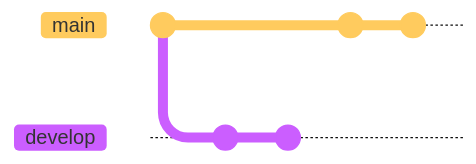
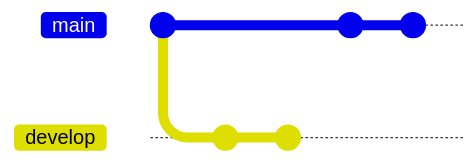
Before and after one commit to mermaid-js/mermaid: diagram 20 of 34 in docs/syntax/gitgraph.md, drawn with Mermaid. The commit also changed other lines of this file and 1 other file, not shown here. Commit ids are hidden.

Commit message:
docs: Fix config

````diff
--- a/docs/syntax/gitgraph.md
+++ b/docs/syntax/gitgraph.md
@@ -937,11 +941,15 @@
 ```mermaid
-    %%{init: { 'logLevel': 'debug', 'theme': 'base', 'gitGraph': {'parallelCommits': false}} }%%
-    gitGraph:
-       commit
-       branch develop
-       commit
-       commit
-       checkout main
-       commit
-       commit
+---
+config:
+  gitGraph:
+    parallelCommits: false
+---
+gitGraph:
+  commit
+  branch develop
+  commit
+  commit
+  checkout main
+  commit
+  commit
 ```
````
